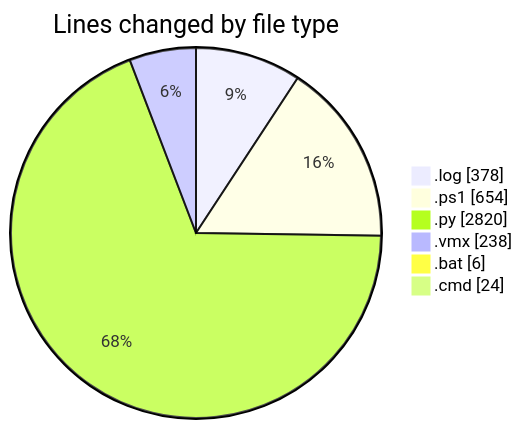
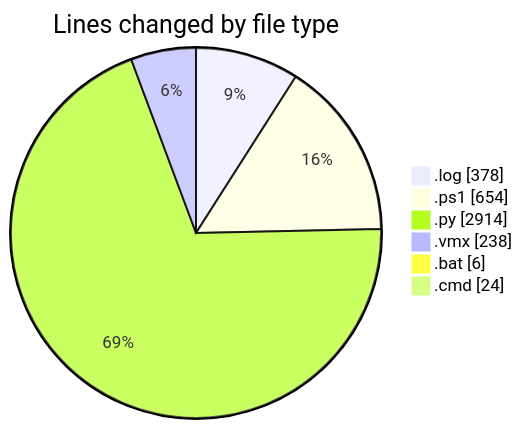
One commit to shibass792/code-tracking changed the first of 2 diagrams in 2026-07-08/twenty_versions_aminor/README.md. Above: the diagram before and after it, drawn with Mermaid. The commit also changed other lines of this file and 1 other file, not shown here.

````diff
--- a/2026-07-08/twenty_versions_aminor/README.md
+++ b/2026-07-08/twenty_versions_aminor/README.md
@@ -33,10 +33,10 @@
 ```mermaid
 pie showData
 title Lines changed by file type
 ".log" : 378
 ".ps1" : 654
-".py" : 2820
+".py" : 2914
 ".vmx" : 238
 ".bat" : 6
 ".cmd" : 24
 ```
````
